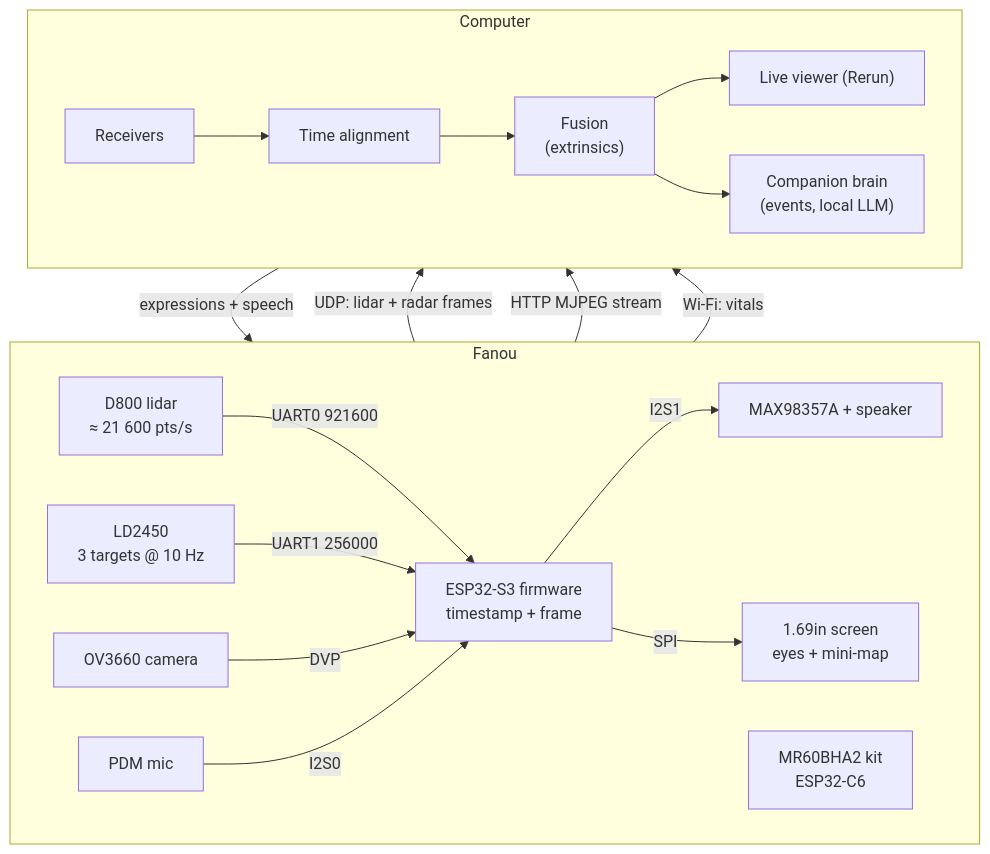
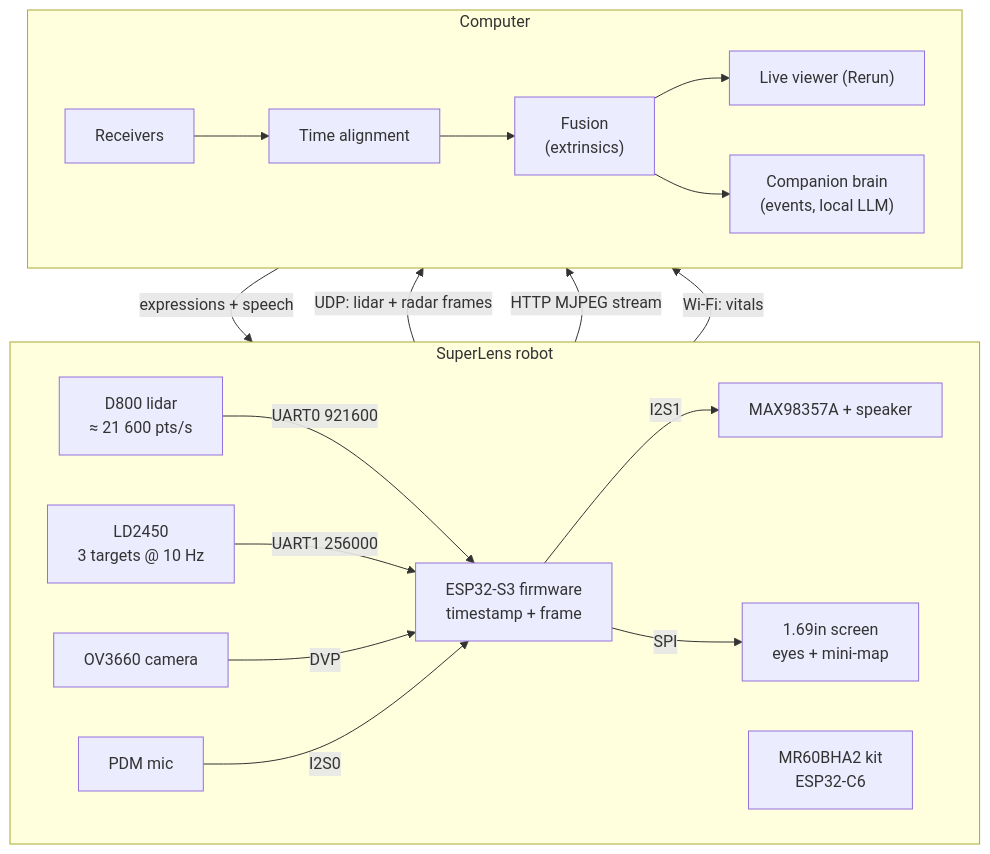
One commit to SebastienTr/Marvin changed the diagram in docs/architecture.md. Above: the diagram before and after it, drawn with Mermaid. The commit also changed other lines of this file and 21 other files, not shown here.

````diff
--- a/docs/architecture.md
+++ b/docs/architecture.md
@@ -7,23 +7,23 @@
 ```mermaid
 flowchart TB
-  subgraph Device["Fanou"]
+  subgraph Device["SuperLens robot"]
     direction LR
     LID["D800 lidar<br/>≈ 21 600 pts/s"] -->|UART0 921600| FW
     LD2450["LD2450<br/>3 targets @ 10 Hz"] -->|UART1 256000| FW
     CAM["OV3660 camera"] -->|DVP| FW
     MIC["PDM mic"] -->|I2S0| FW
     FW -->|"I2S1"| SPK["MAX98357A + speaker"]
     FW["ESP32-S3 firmware<br/>timestamp + frame"]
     FW -->|"SPI"| LCD["1.69in screen<br/>eyes + mini-map"]
     MR60["MR60BHA2 kit<br/>ESP32-C6"]
   end
   FW -->|"UDP: lidar + radar frames"| HOST
   FW -->|"HTTP MJPEG stream"| HOST
   HOST -->|"expressions + speech"| FW
   MR60 -->|"Wi-Fi: vitals"| HOST
   subgraph HOST["Computer"]
     direction LR
     RX["Receivers"] --> SYNC["Time alignment"] --> FUSE["Fusion<br/>(extrinsics)"] --> VIEW["Live viewer (Rerun)"]
     FUSE --> BRAIN["Companion brain<br/>(events, local LLM)"]
   end
 ```
````
